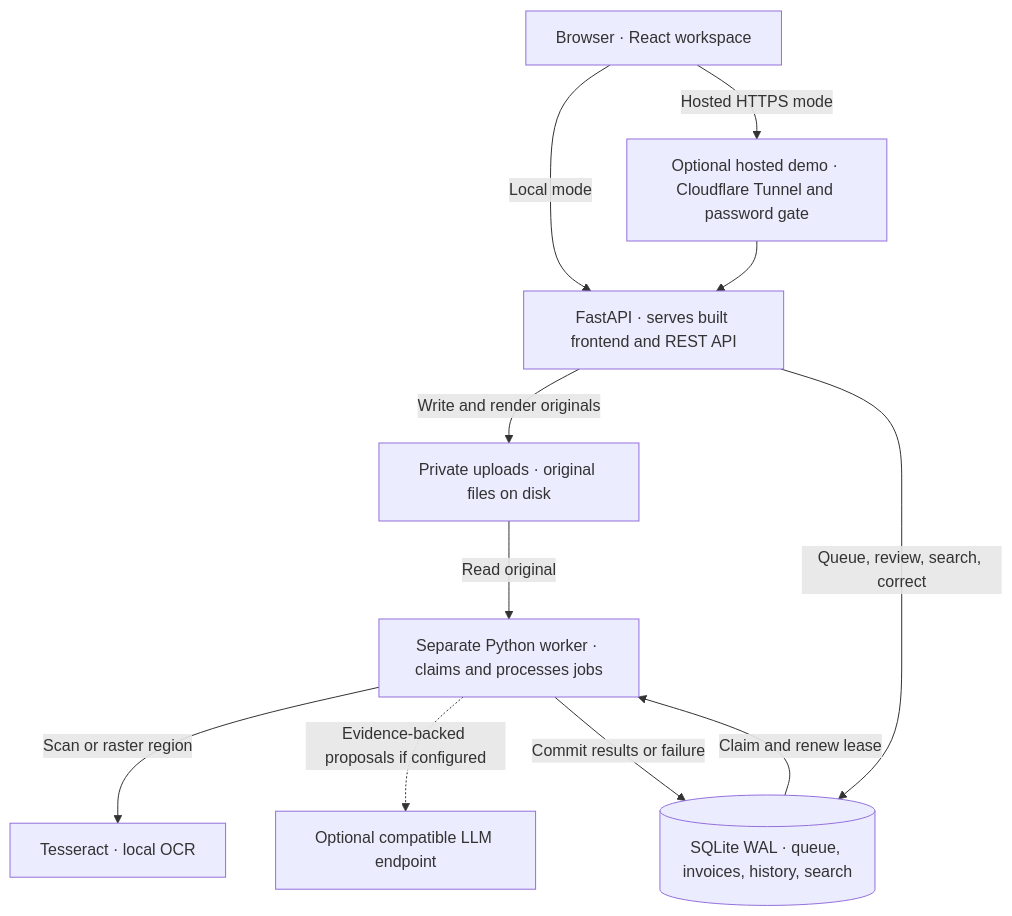
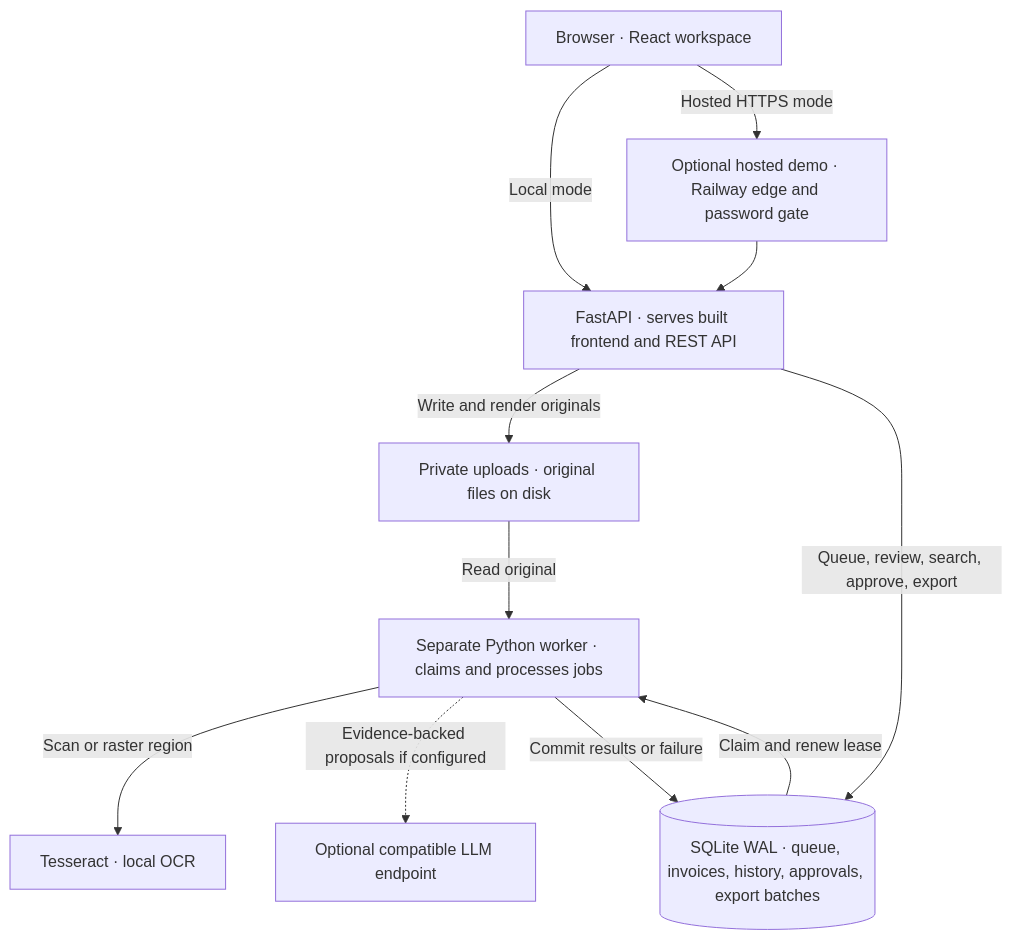
The first of 5 diagrams in docs/ARCHITECTURE.md (Alfa5nm/care-guide-ledger-review), drawn with Mermaid before and after one commit. The commit also changed other lines of this file and 16 other files, not shown here.

````diff
--- a/docs/ARCHITECTURE.md
+++ b/docs/ARCHITECTURE.md
@@ -7,22 +7,22 @@
 ```mermaid
 flowchart TD
   Web["Browser · React workspace"]
-  Edge["Optional hosted demo · Cloudflare Tunnel and password gate"]
+  Edge["Optional hosted demo · Railway edge and password gate"]
   API["FastAPI · serves built frontend and REST API"]
   Files["Private uploads · original files on disk"]
-  DB[("SQLite WAL · queue, invoices, history, search")]
+  DB[("SQLite WAL · queue, invoices, history, approvals, export batches")]
   Worker["Separate Python worker · claims and processes jobs"]
   OCR["Tesseract · local OCR"]
   Model["Optional compatible LLM endpoint"]
 
   Web -->|"Local mode"| API
   Web -->|"Hosted HTTPS mode"| Edge
   Edge --> API
   API -->|"Write and render originals"| Files
-  API -->|"Queue, review, search, correct"| DB
+  API -->|"Queue, review, search, approve, export"| DB
   DB -->|"Claim and renew lease"| Worker
   Files -->|"Read original"| Worker
   Worker -->|"Scan or raster region"| OCR
   Worker -.->|"Evidence-backed proposals if configured"| Model
   Worker -->|"Commit results or failure"| DB
 ```
````
